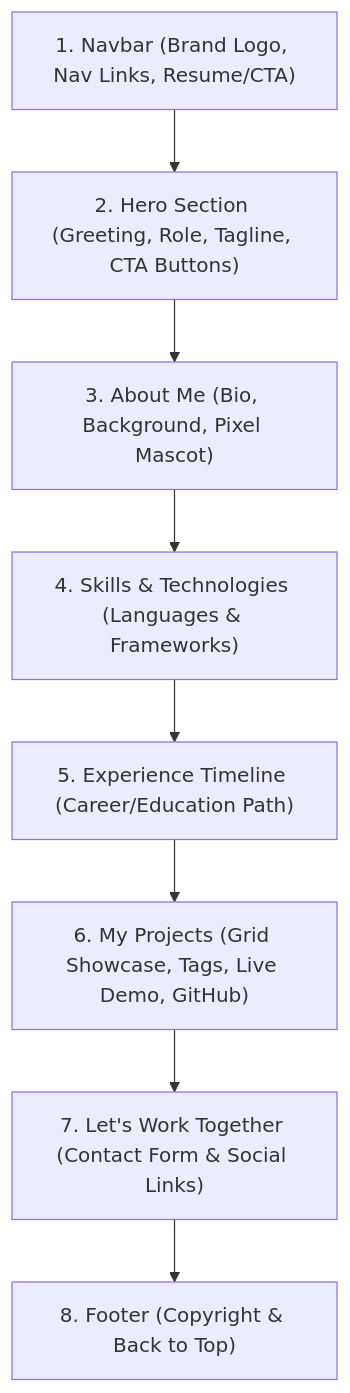
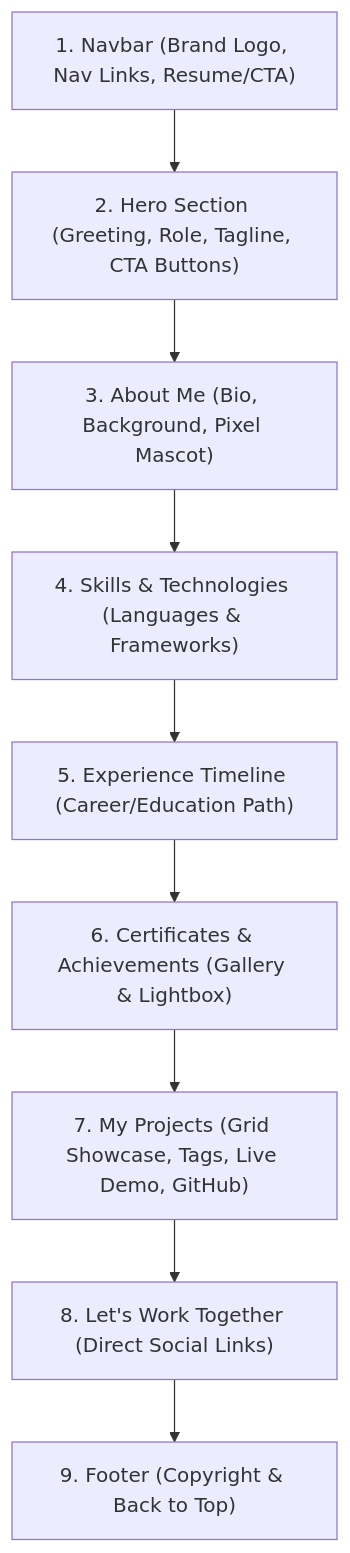
One commit to alvinoaldorino/portofolio changed the diagram in prd.md. Above: the diagram before and after it, drawn with Mermaid. The commit also changed other lines of this file and 34 other files, not shown here.

Commit message:
feat: add certificates showcase with modal preview, theme toggle, and updated documentation

````diff
--- a/prd.md
+++ b/prd.md
@@ -40,10 +40,11 @@
 ```mermaid
 flowchart TD
     Navbar["1. Navbar (Brand Logo, Nav Links, Resume/CTA)"] --> Hero["2. Hero Section (Greeting, Role, Tagline, CTA Buttons)"]
     Hero --> About["3. About Me (Bio, Background, Pixel Mascot)"]
     About --> Skills["4. Skills & Technologies (Languages & Frameworks)"]
     Skills --> Experience["5. Experience Timeline (Career/Education Path)"]
-    Experience --> Projects["6. My Projects (Grid Showcase, Tags, Live Demo, GitHub)"]
-    Projects --> Contact["7. Let's Work Together (Contact Form & Social Links)"]
-    Contact --> Footer["8. Footer (Copyright & Back to Top)"]
+    Experience --> Certificates["6. Certificates & Achievements (Gallery & Lightbox)"]
+    Certificates --> Projects["7. My Projects (Grid Showcase, Tags, Live Demo, GitHub)"]
+    Projects --> Contact["8. Let's Work Together (Direct Social Links)"]
+    Contact --> Footer["9. Footer (Copyright & Back to Top)"]
 ```
````
